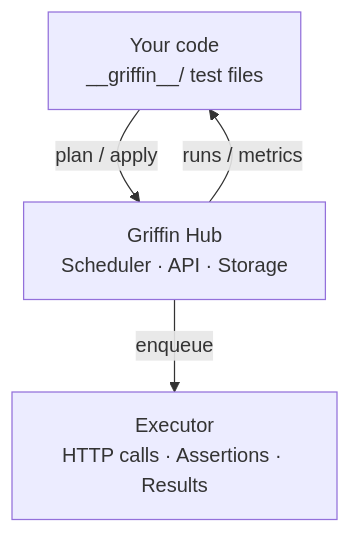
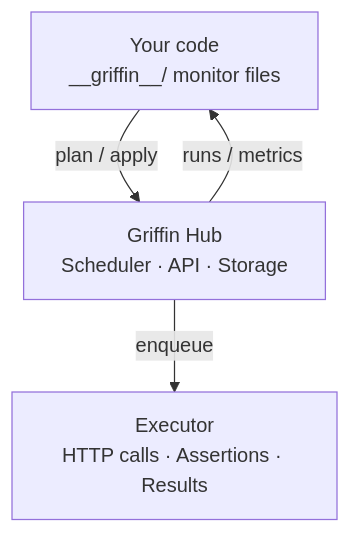
The first of 3 diagrams in concepts/architecture.mdx (griffin-open-source/docs), drawn with Mermaid before and after one commit. The commit also changed other lines of this file and 34 other files, not shown here.

````diff
--- a/concepts/architecture.mdx
+++ b/concepts/architecture.mdx
@@ -19,6 +19,6 @@
 ```mermaid
 flowchart TB
-    Code["Your code\n__griffin__/ test files"] -->|plan / apply| Hub["Griffin Hub\nScheduler · API · Storage"]
+    Code["Your code\n__griffin__/ monitor files"] -->|plan / apply| Hub["Griffin Hub\nScheduler · API · Storage"]
     Hub -->|runs / metrics| Code
     Hub -->|enqueue| Executor["Executor\nHTTP calls · Assertions · Results"]
 ```
````
